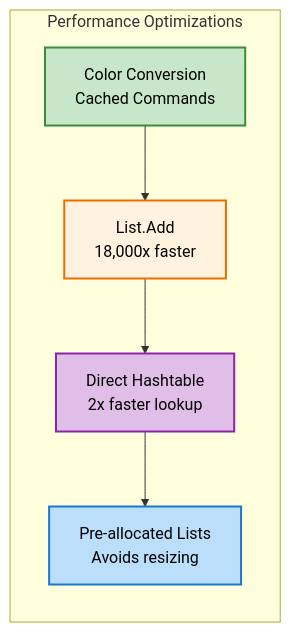
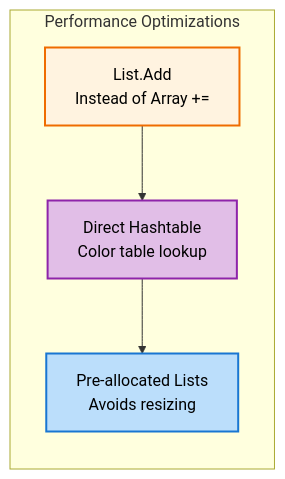
The third of 4 diagrams in Docs/Private/New-GradientColorArray.md (MarkusMcNugen/PSWriteColorEX), drawn with Mermaid before and after one commit. The commit also changed other lines of this file and 10 other files, not shown here.

````diff
--- a/Docs/Private/New-GradientColorArray.md
+++ b/Docs/Private/New-GradientColorArray.md
@@ -394,13 +373,11 @@
 ```mermaid
 graph LR
     subgraph "Performance Optimizations"
-        A[Color Conversion<br/>Cached Commands] --> B[List.Add<br/>18,000x faster]
-        B --> C[Direct Hashtable<br/>2x faster lookup]
+        B[List.Add<br/>Instead of Array +=] --> C[Direct Hashtable<br/>Color table lookup]
         C --> D[Pre-allocated Lists<br/>Avoids resizing]
     end
 
-    style A fill:#c8e6c9,stroke:#388e3c,stroke-width:2px,color:#000
     style B fill:#fff3e0,stroke:#ef6c00,stroke-width:2px,color:#000
     style C fill:#e1bee7,stroke:#8e24aa,stroke-width:2px,color:#000
     style D fill:#bbdefb,stroke:#1976d2,stroke-width:2px,color:#000
 ```
````
